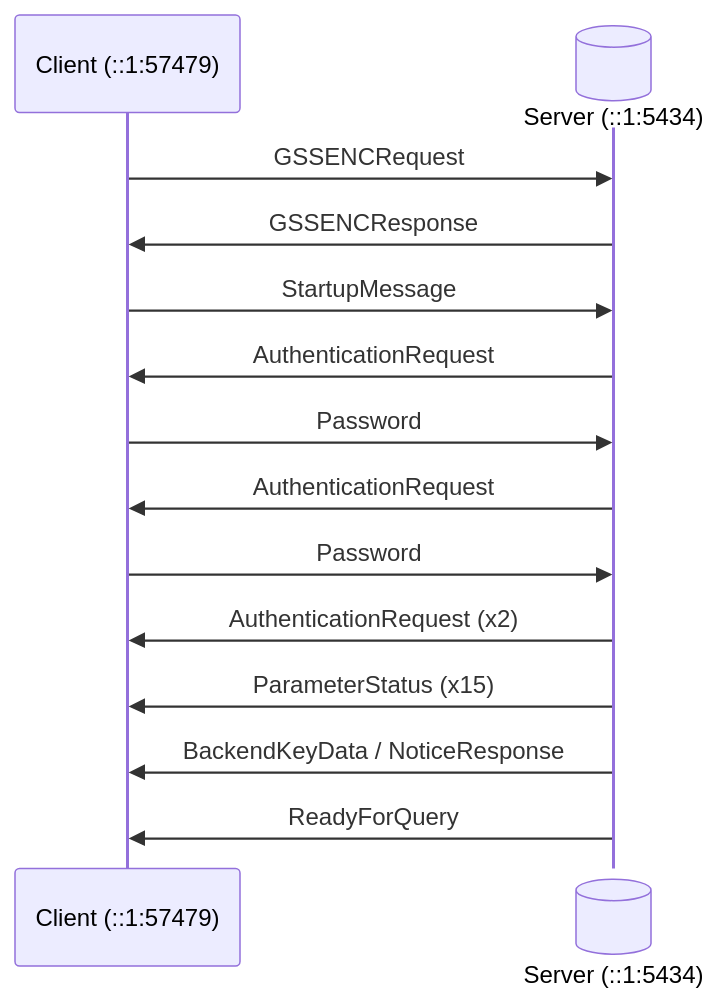
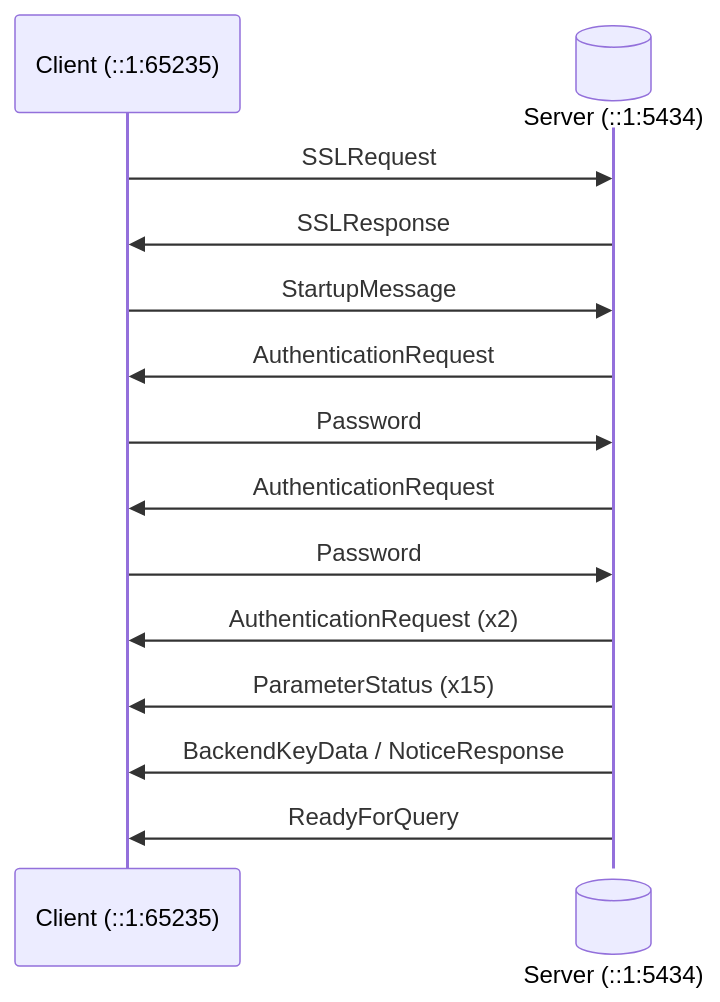
The first of 2 diagrams in docs/examples/exports/pagila-00-startup-handshake-startup-authentication-parameterstatus-readyforquery/capture.mermaid.seq.md (xfischer/pg_protoexport), drawn with Mermaid before and after one commit. The commit also changed other lines of this file and 135 other files, not shown here.

````diff
--- a/docs/examples/exports/pagila-00-startup-handshake-startup-authentication-parameterstatus-readyforquery/capture.mermaid.seq.md
+++ b/docs/examples/exports/pagila-00-startup-handshake-startup-authentication-parameterstatus-readyforquery/capture.mermaid.seq.md
@@ -2,16 +2,16 @@
 ```mermaid
 sequenceDiagram
-    participant C as Client (::1:57479)
+    participant C as Client (::1:65235)
     participant S@{ "type" : "database" } as Server (::1:5434)
-    C->>S: GSSENCRequest
-    S->>C: GSSENCResponse
+    C->>S: SSLRequest
+    S->>C: SSLResponse
     C->>S: StartupMessage
     S->>C: AuthenticationRequest
     C->>S: Password
     S->>C: AuthenticationRequest
     C->>S: Password
     S->>C: AuthenticationRequest (x2)
     S->>C: ParameterStatus (x15)
     S->>C: BackendKeyData / NoticeResponse
     S->>C: ReadyForQuery
 ```
````
